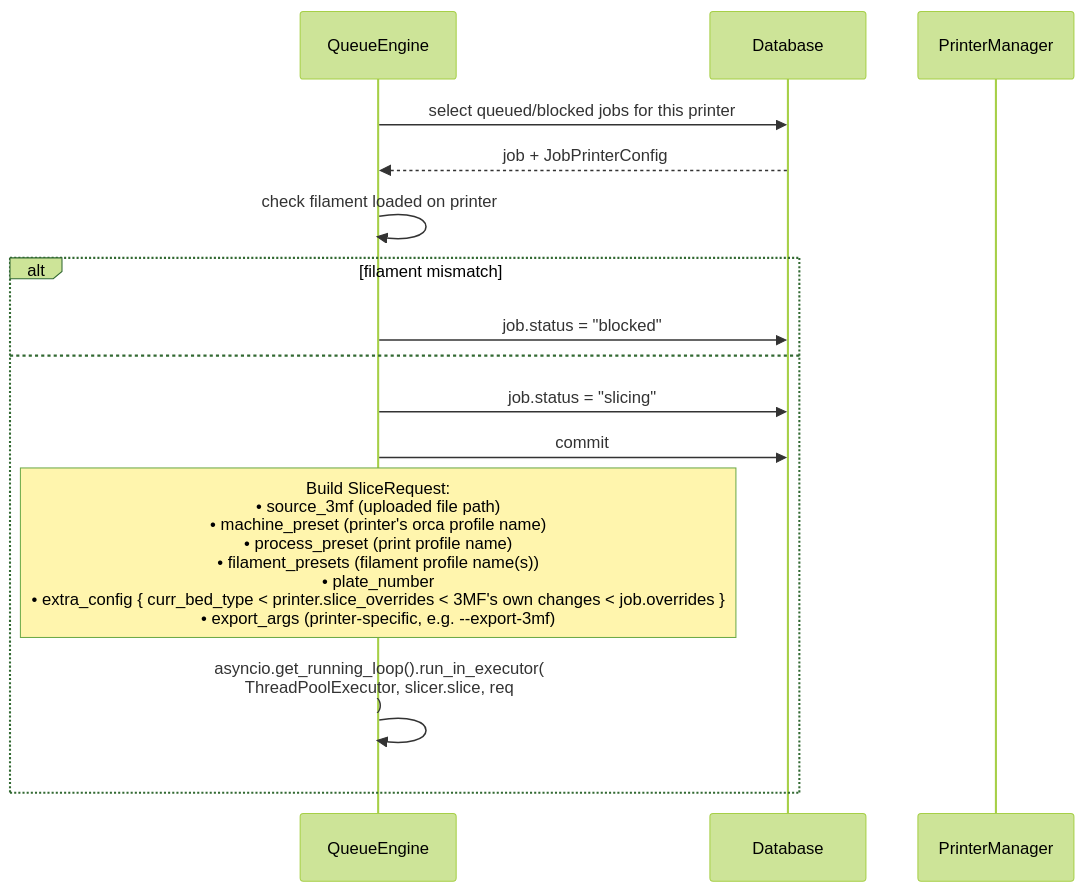
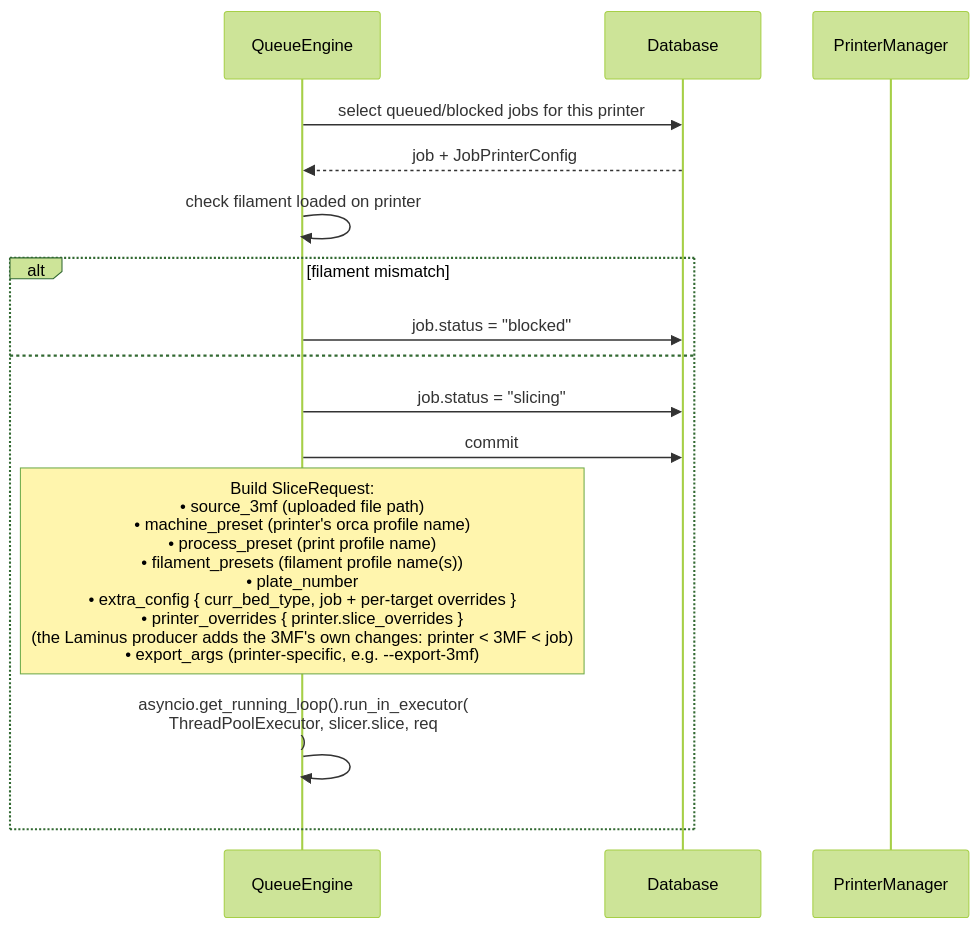
One commit to mgomezdev/concordia changed the fourth of 9 diagrams in docs/slicing-flow.md. Above: the diagram before and after it, drawn with Mermaid (forest theme). The commit also changed other lines of this file, not shown here.

Commit message:
docs: slicing flow — the Laminus producer merges printer < 3MF < job
Claude-Session: https://claude.ai/code/session_01Xdhj7qVG3doQuwupVZwGyk

````diff
--- a/docs/slicing-flow.md
+++ b/docs/slicing-flow.md
@@ -101,21 +101,21 @@
 ```mermaid
 sequenceDiagram
     participant QE as QueueEngine
     participant DB as Database
     participant PM as PrinterManager
 
     QE->>DB: select queued/blocked jobs for this printer
     DB-->>QE: job + JobPrinterConfig
 
     QE->>QE: check filament loaded on printer
     alt filament mismatch
         QE->>DB: job.status = "blocked"
     else
         QE->>DB: job.status = "slicing"
         QE->>DB: commit
 
-        note over QE: Build SliceRequest:<br/>• source_3mf (uploaded file path)<br/>• machine_preset (printer's orca profile name)<br/>• process_preset (print profile name)<br/>• filament_presets (filament profile name(s))<br/>• plate_number<br/>• extra_config { curr_bed_type < printer.slice_overrides < 3MF's own changes < job.overrides }<br/>• export_args (printer-specific, e.g. --export-3mf)
+        note over QE: Build SliceRequest:<br/>• source_3mf (uploaded file path)<br/>• machine_preset (printer's orca profile name)<br/>• process_preset (print profile name)<br/>• filament_presets (filament profile name(s))<br/>• plate_number<br/>• extra_config { curr_bed_type, job + per-target overrides }<br/>• printer_overrides { printer.slice_overrides }<br/>(the Laminus producer adds the 3MF's own changes: printer < 3MF < job)<br/>• export_args (printer-specific, e.g. --export-3mf)
 
         QE->>QE: asyncio.get_running_loop().run_in_executor(<br/>  ThreadPoolExecutor, slicer.slice, req<br/>)
     end
 ```
````
